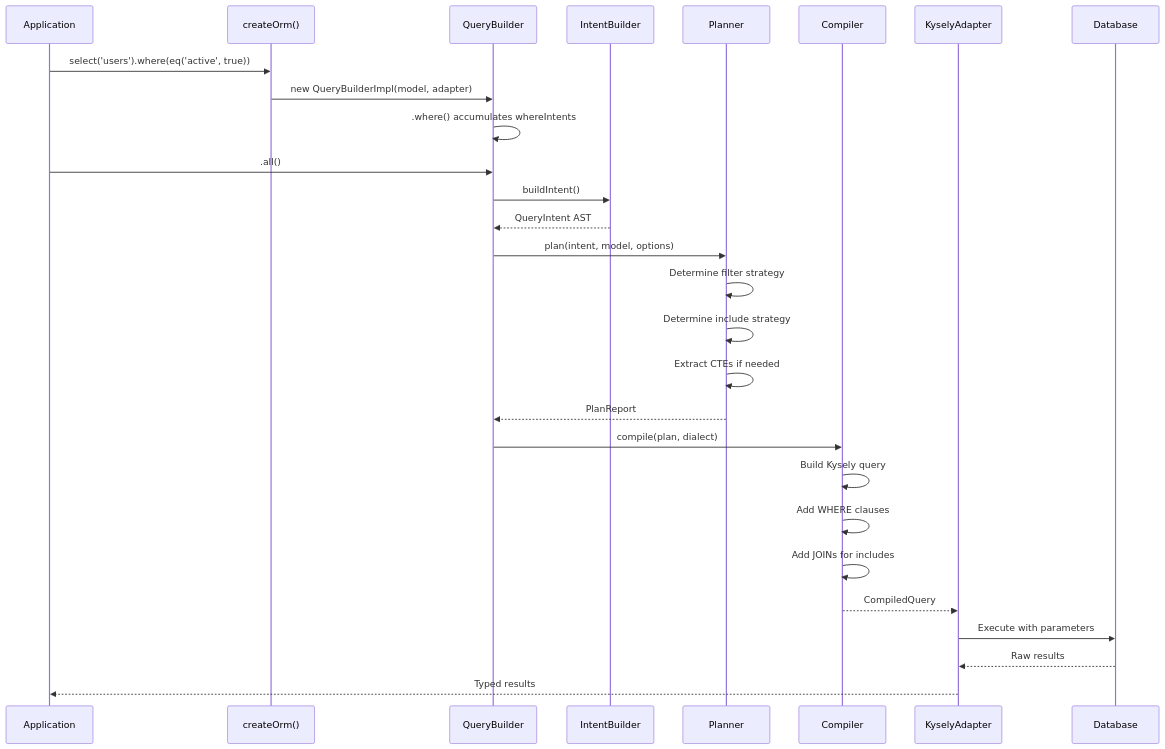
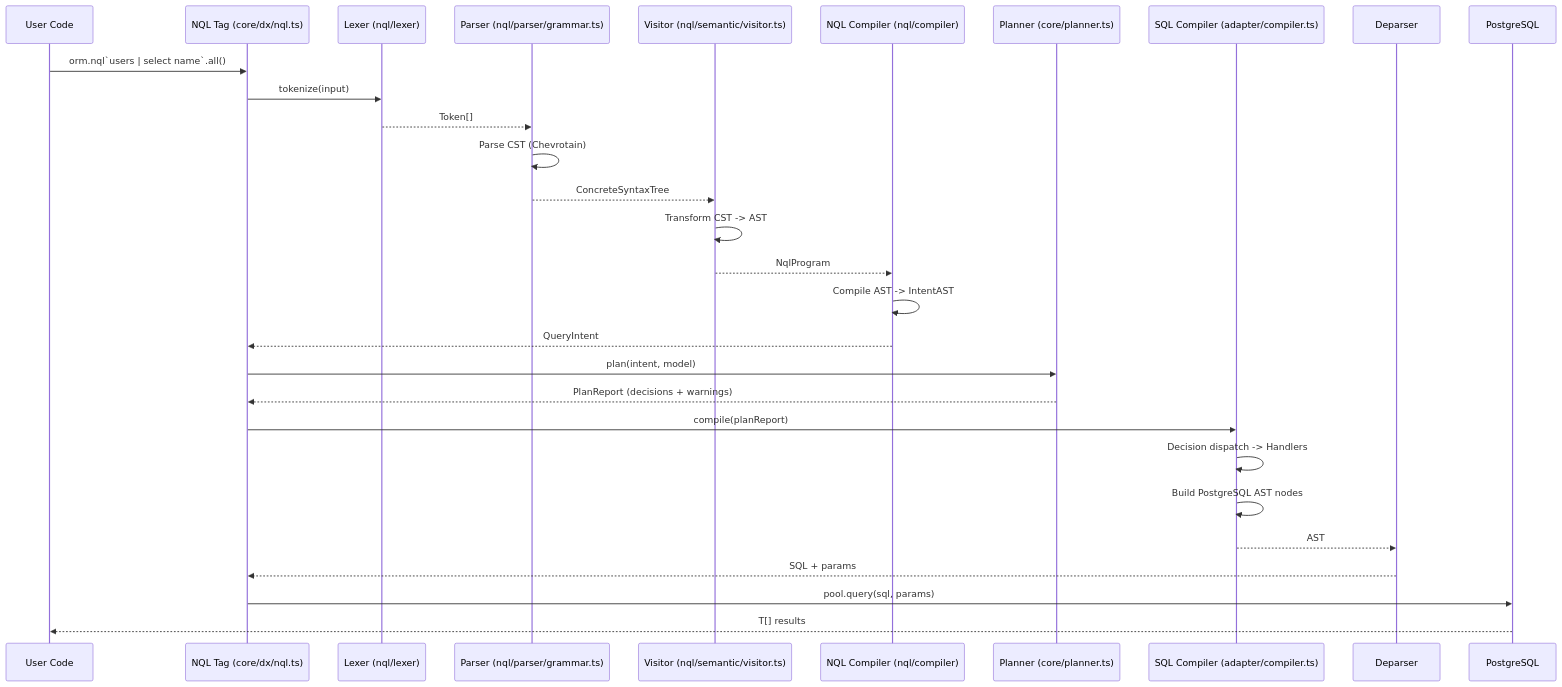
One commit to oorabona/db-semantic-planner changed the first of 6 diagrams in docs/audit/DATA-FLOWS.md. Above: the diagram before and after it, drawn with Mermaid. The commit also changed other lines of this file and 13 other files, not shown here.

````diff
--- a/docs/audit/DATA-FLOWS.md
+++ b/docs/audit/DATA-FLOWS.md
@@ -11,31 +15,32 @@
 ```mermaid
 sequenceDiagram
-    participant App as Application
-    participant ORM as createOrm()
-    participant QB as QueryBuilder
-    participant IB as IntentBuilder
-    participant P as Planner
-    participant C as Compiler
-    participant K as KyselyAdapter
-    participant DB as Database
+    participant U as User Code
+    participant NQL as NQL Tag (core/dx/nql.ts)
+    participant L as Lexer (nql/lexer)
+    participant P as Parser (nql/parser/grammar.ts)
+    participant V as Visitor (nql/semantic/visitor.ts)
+    participant C as NQL Compiler (nql/compiler)
+    participant PL as Planner (core/planner.ts)
+    participant SC as SQL Compiler (adapter/compiler.ts)
+    participant D as Deparser
+    participant PG as PostgreSQL
 
-    App->>ORM: select('users').where(eq('active', true))
-    ORM->>QB: new QueryBuilderImpl(model, adapter)
-    QB->>QB: .where() accumulates whereIntents
-    App->>QB: .all()
-    QB->>IB: buildIntent()
-    IB-->>QB: QueryIntent AST
-    QB->>P: plan(intent, model, options)
-    P->>P: Determine filter strategy
-    P->>P: Determine include strategy
-    P->>P: Extract CTEs if needed
-    P-->>QB: PlanReport
-    QB->>C: compile(plan, dialect)
-    C->>C: Build Kysely query
-    C->>C: Add WHERE clauses
-    C->>C: Add JOINs for includes
-    C-->>K: CompiledQuery
-    K->>DB: Execute with parameters
-    DB-->>K: Raw results
-    K-->>App: Typed results
+    U->>NQL: orm.nql`users | select name`.all()
+    NQL->>L: tokenize(input)
+    L-->>P: Token[]
+    P->>P: Parse CST (Chevrotain)
+    P-->>V: ConcreteSyntaxTree
+    V->>V: Transform CST -> AST
+    V-->>C: NqlProgram
+    C->>C: Compile AST -> IntentAST
+    C-->>NQL: QueryIntent
+    NQL->>PL: plan(intent, model)
+    PL-->>NQL: PlanReport (decisions + warnings)
+    NQL->>SC: compile(planReport)
+    SC->>SC: Decision dispatch -> Handlers
+    SC->>SC: Build PostgreSQL AST nodes
+    SC-->>D: AST
+    D-->>NQL: SQL + params
+    NQL->>PG: pool.query(sql, params)
+    PG-->>U: T[] results
 ```
````
